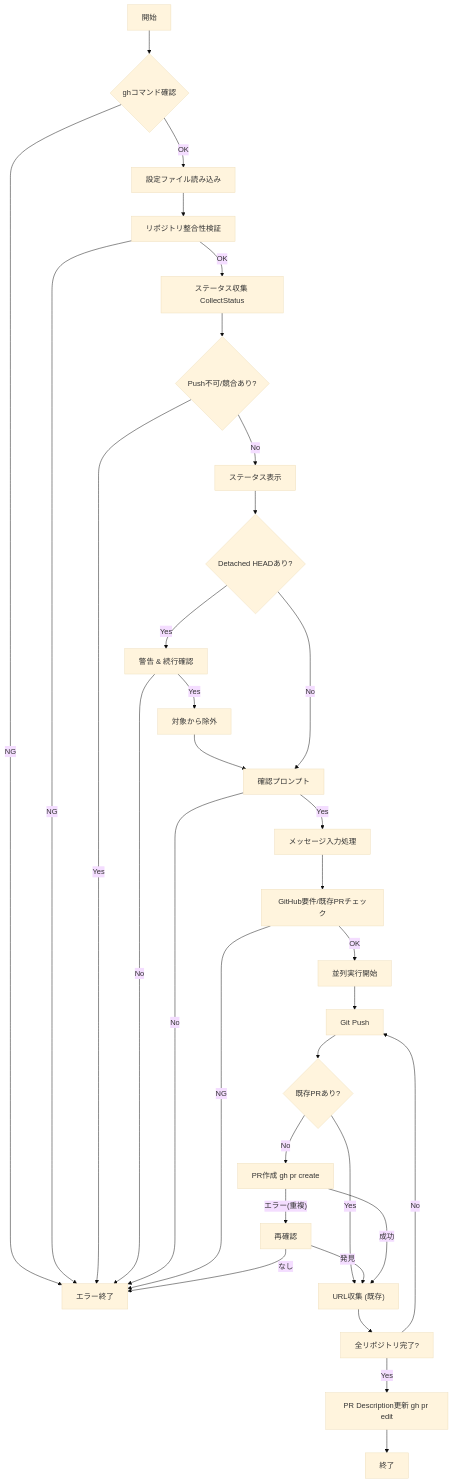
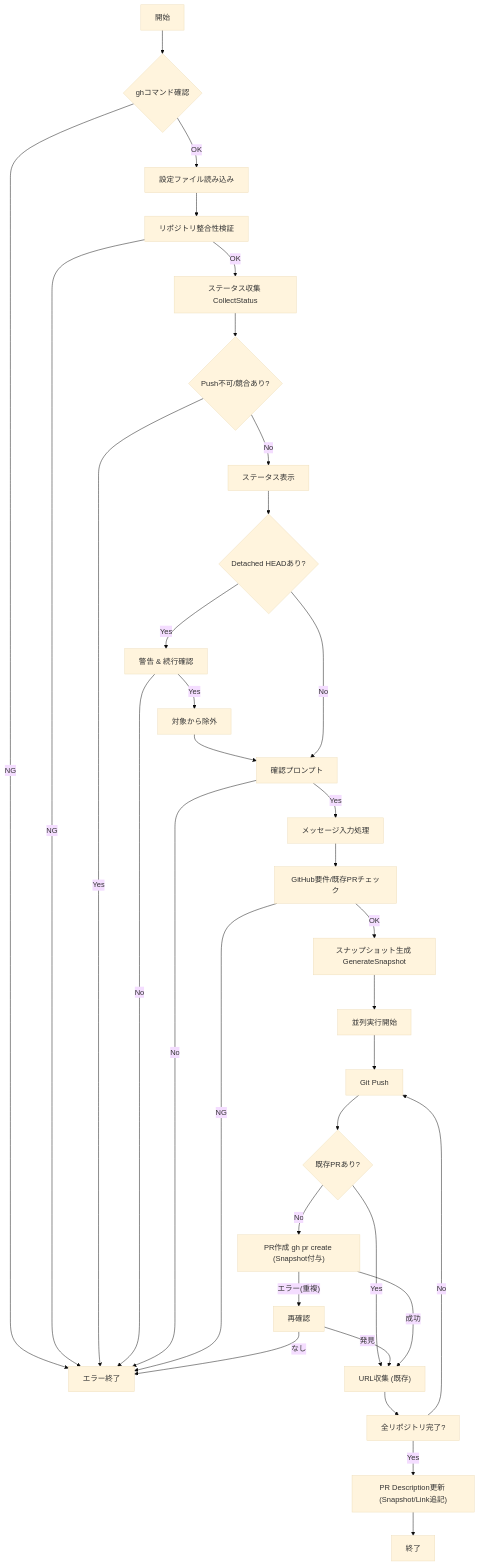
One commit to keiji/mistletoe changed the diagram in docs/internal/app/pr_create.md. Above: the diagram before and after it, drawn with Mermaid (base theme). The commit also changed other lines of this file, not shown here.

First line of the commit message:
docs: update pr create design doc with snapshot details

````diff
--- a/docs/internal/app/pr_create.md
+++ b/docs/internal/app/pr_create.md
@@ -66,35 +74,36 @@
 ```mermaid
 flowchart TD
     A["開始"] --> B{"ghコマンド確認"}
     B -- OK --> C["設定ファイル読み込み"]
     B -- NG --> Z["エラー終了"]
     C --> D["リポジトリ整合性検証"]
     D -- OK --> E["ステータス収集 CollectStatus"]
     D -- NG --> Z
     E --> F{"Push不可/競合あり?"}
     F -- Yes --> Z
     F -- No --> G["ステータス表示"]
     G --> H{"Detached HEADあり?"}
     H -- Yes --> I["警告 & 続行確認"]
     I -- No --> Z
     I -- Yes --> J_EXCL["対象から除外"]
     J_EXCL --> J["確認プロンプト"]
     H -- No --> J
     J -- No --> Z
     J -- Yes --> MSG["メッセージ入力処理"]
     MSG --> K["GitHub要件/既存PRチェック"]
     K -- NG --> Z
-    K -- OK --> L["並列実行開始"]
+    K -- OK --> SNAP["スナップショット生成 GenerateSnapshot"]
+    SNAP --> L["並列実行開始"]
     L --> M["Git Push"]
     M --> N{"既存PRあり?"}
     N -- Yes --> O["URL収集 (既存)"]
-    N -- No --> P["PR作成 gh pr create"]
+    N -- No --> P["PR作成 gh pr create (Snapshot付与)"]
     P -- "エラー(重複)" --> Q["再確認"]
     Q -- "発見" --> O
     Q -- "なし" --> Z
     P -- "成功" --> O
     O --> R["全リポジトリ完了?"]
     R -- No --> M
-    R -- Yes --> S["PR Description更新 gh pr edit"]
+    R -- Yes --> S["PR Description更新 (Snapshot/Link追記)"]
     S --> T["終了"]
 ```
````
